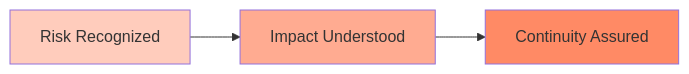
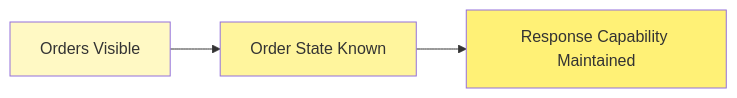
One commit to Evilazaro/Azure-LogicApps-Monitoring changed the sixth of 7 diagrams in docs/architecture/01-business-architecture.md. Above: the diagram before and after it, drawn with Mermaid. The commit also changed other lines of this file, not shown here.

Commit message:
Refactor Business Architecture document: update terminology and definitions to enhance clarity in order management and fulfillment processes

````diff
--- a/docs/architecture/01-business-architecture.md
+++ b/docs/architecture/01-business-architecture.md
@@ -296,9 +191,9 @@
 ```mermaid
 graph LR
-    A[Risk Recognized] --> B[Impact Understood]
-    B --> C[Continuity Assured]
+    A[Orders Visible] --> B[Order State Known]
+    B --> C[Response Capability Maintained]
 
-    style A fill:#ffccbc
-    style B fill:#ffab91
-    style C fill:#ff8a65
+    style A fill:#fff9c4
+    style B fill:#fff59d
+    style C fill:#fff176
 ```
````
